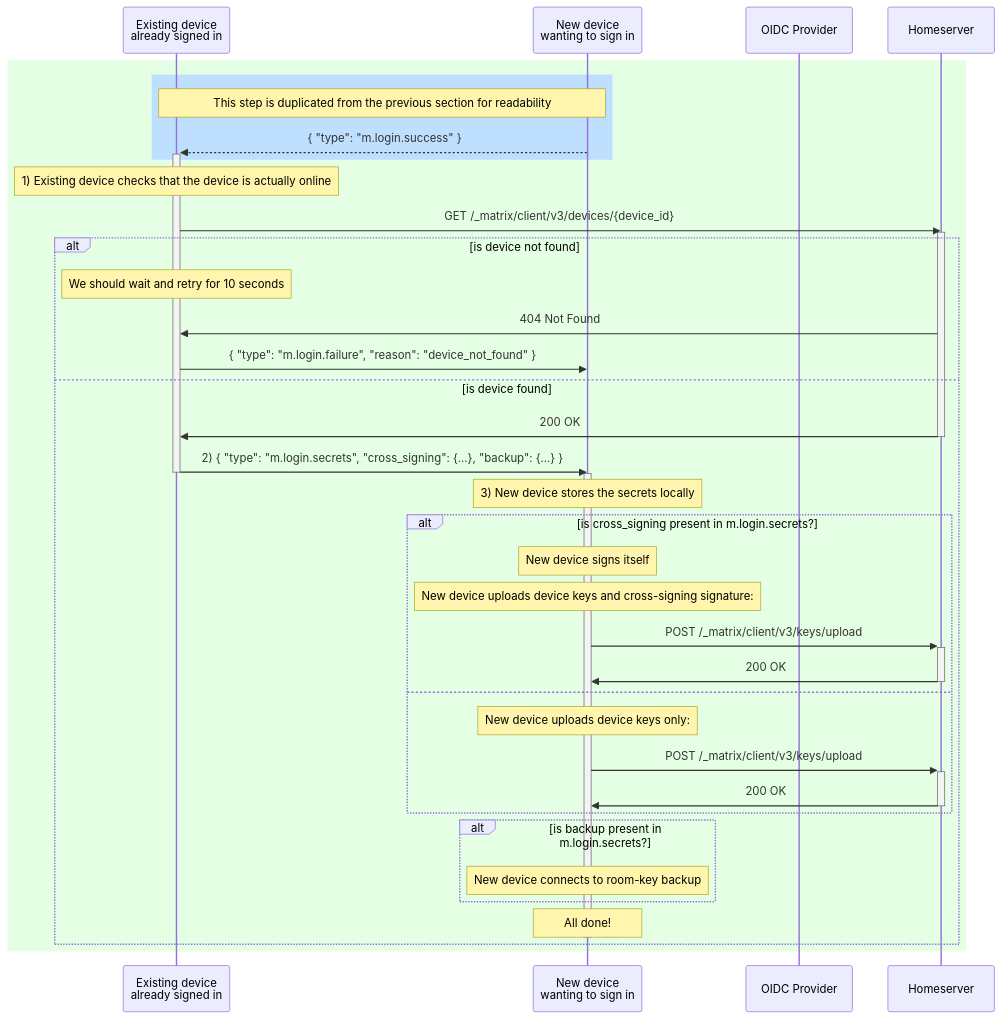
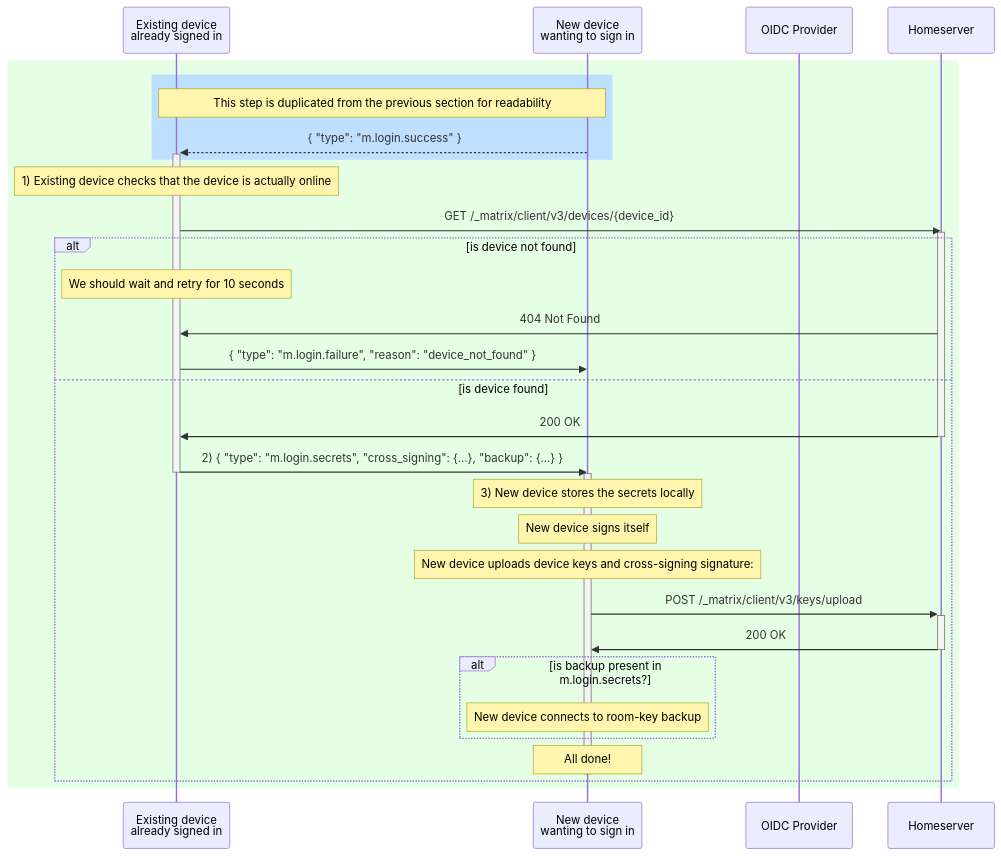
The sixth of 6 diagrams in proposals/4108-oidc-qr-login.md (matrix-org/matrix-spec-proposals), drawn with Mermaid before and after one commit. The commit also changed other lines of this file, not shown here.

First line of the commit message:
Cross signing is mandatory

````diff
--- a/proposals/4108-oidc-qr-login.md
+++ b/proposals/4108-oidc-qr-login.md
@@ -1169,51 +1175,44 @@
 ```mermaid
 sequenceDiagram
     participant E as Existing device <br>already signed in
     participant N as New device <br>wanting to sign in
     participant OP as OIDC Provider
     participant HS as Homeserver
 
     rect rgba(0,255,0, 0.1)
             rect rgb(191, 223, 255)
 note over N,E: This step is duplicated from the previous section for readability
               N-->>+E: { "type": "m.login.success" }
             end
 
             Note over E: 1) Existing device checks that the device is actually online
             E->>HS: GET /_matrix/client/v3/devices/{device_id}
 activate HS
 
             alt is device not found
               note over E: We should wait and retry for 10 seconds
               HS->>E: 404 Not Found
               E->>N: { "type": "m.login.failure", "reason": "device_not_found" }
             else is device found
               HS->>E: 200 OK
 deactivate HS
 
               E->>-N: 2) { "type": "m.login.secrets", "cross_signing": {...}, "backup": {...} }
 
               activate N
               note over N: 3) New device stores the secrets locally
 
-alt is cross_signing present in m.login.secrets?
 note over N: New device signs itself
               note over N: New device uploads device keys and cross-signing signature:
               N->>+HS: POST /_matrix/client/v3/keys/upload
               HS->>-N: 200 OK
-
-else
-              note over N: New device uploads device keys only:
-              N->>+HS: POST /_matrix/client/v3/keys/upload
-              HS->>-N: 200 OK
-end
 
 alt is backup present in m.login.secrets?
               note over N: New device connects to room-key backup
 end
 
 note over N: All done!
               deactivate N
             end
     end
 ```
````
